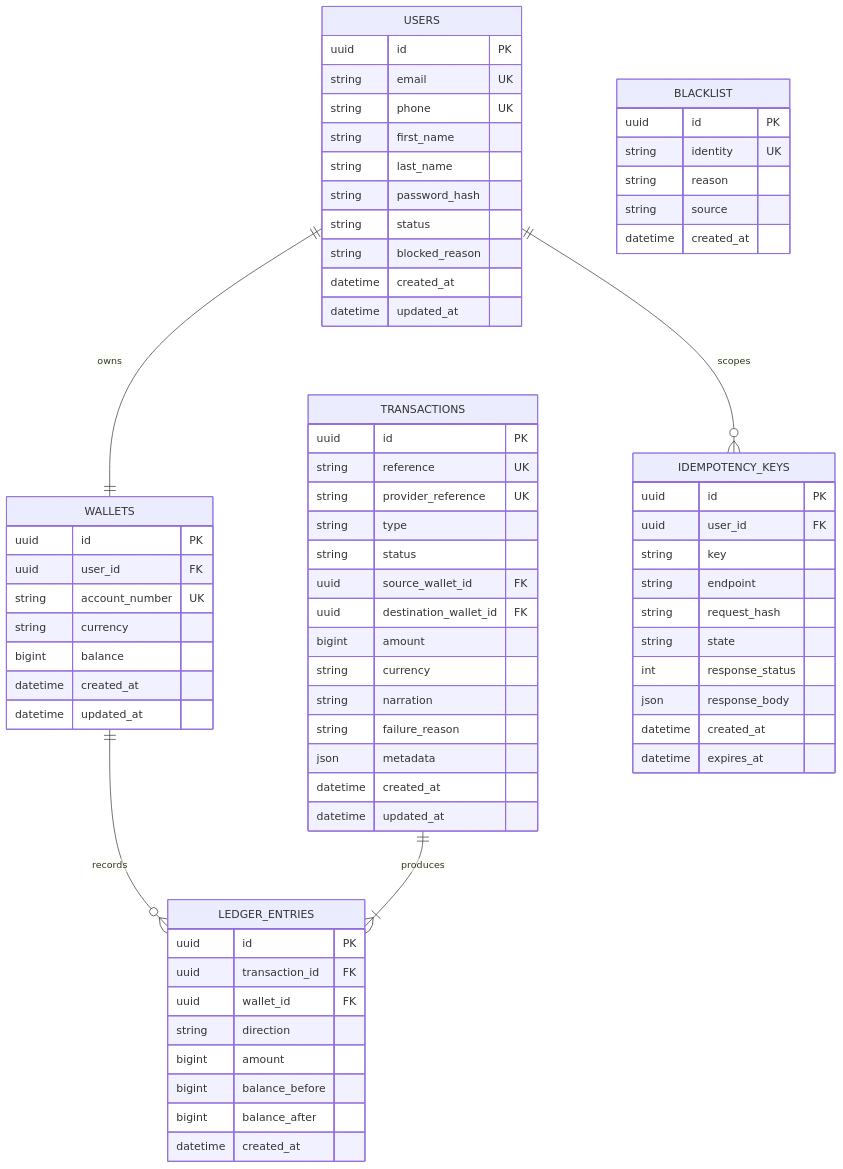
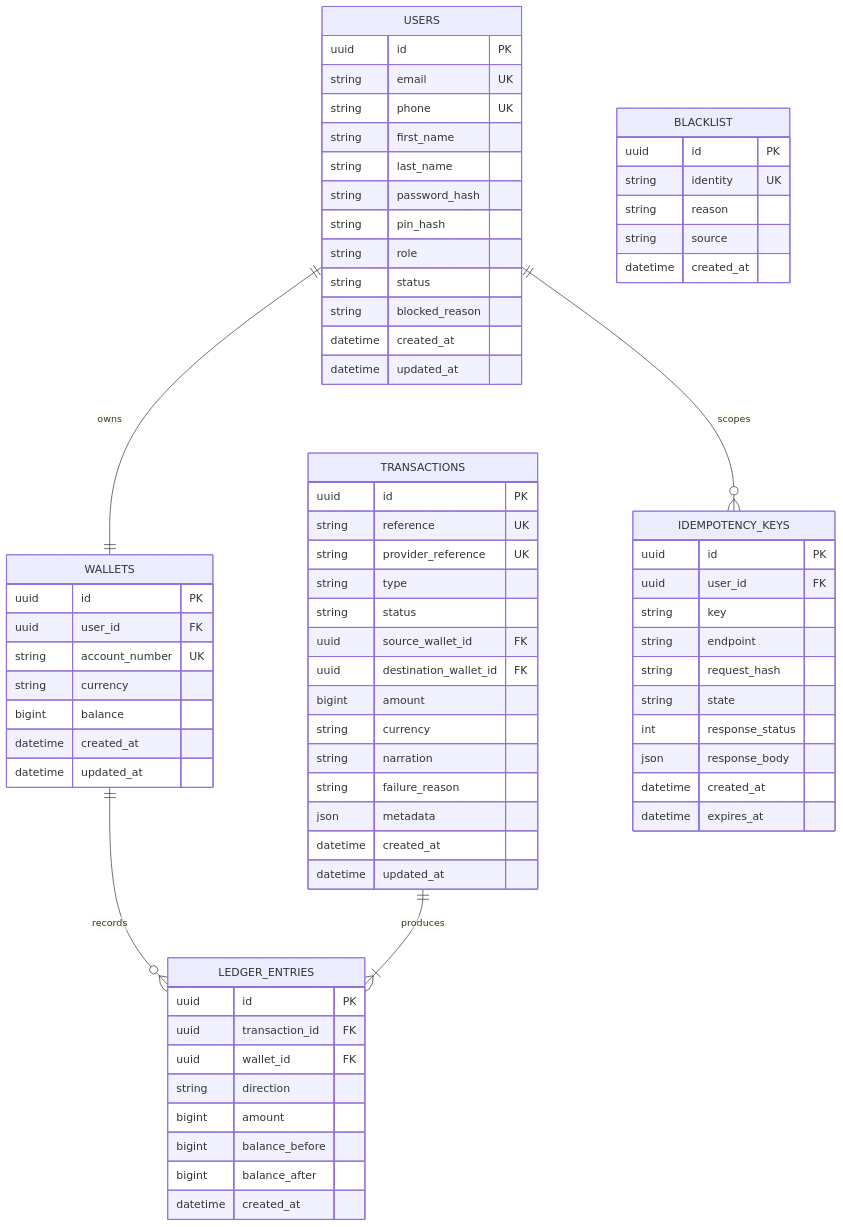
The diagram in README.md (winnerdebest/lendsqr-be-test), drawn with Mermaid before and after one commit. The commit also changed other lines of this file, not shown here.

Commit message:
docs: write comprehensive readme with erd, architecture decisions, and local setup guide

````diff
--- a/README.md
+++ b/README.md
@@ -40,74 +59,76 @@
 ```mermaid
 erDiagram
     USERS ||--|| WALLETS : owns
     WALLETS ||--o{ LEDGER_ENTRIES : records
     TRANSACTIONS ||--|{ LEDGER_ENTRIES : produces
     USERS ||--o{ IDEMPOTENCY_KEYS : scopes
 
     USERS {
         uuid id PK
         string email UK
         string phone UK
         string first_name
         string last_name
         string password_hash
+        string pin_hash
+        string role
         string status
         string blocked_reason
         datetime created_at
         datetime updated_at
     }
     WALLETS {
         uuid id PK
         uuid user_id FK
         string account_number UK
         string currency
         bigint balance
         datetime created_at
         datetime updated_at
     }
     TRANSACTIONS {
         uuid id PK
         string reference UK
         string provider_reference UK
         string type
         string status
         uuid source_wallet_id FK
         uuid destination_wallet_id FK
         bigint amount
         string currency
         string narration
         string failure_reason
         json metadata
         datetime created_at
         datetime updated_at
     }
     LEDGER_ENTRIES {
         uuid id PK
         uuid transaction_id FK
         uuid wallet_id FK
         string direction
         bigint amount
         bigint balance_before
         bigint balance_after
         datetime created_at
     }
     IDEMPOTENCY_KEYS {
         uuid id PK
         uuid user_id FK
         string key
         string endpoint
         string request_hash
         string state
         int response_status
         json response_body
         datetime created_at
         datetime expires_at
     }
     BLACKLIST {
         uuid id PK
         string identity UK
         string reason
         string source
         datetime created_at
     }
 ```
````
